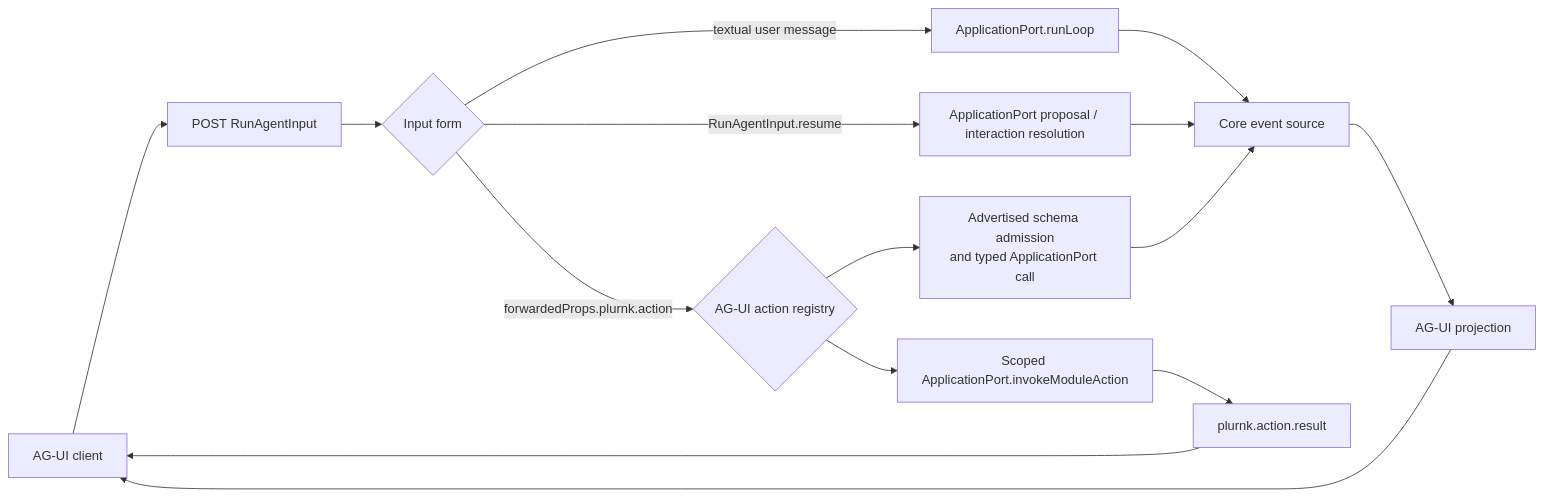
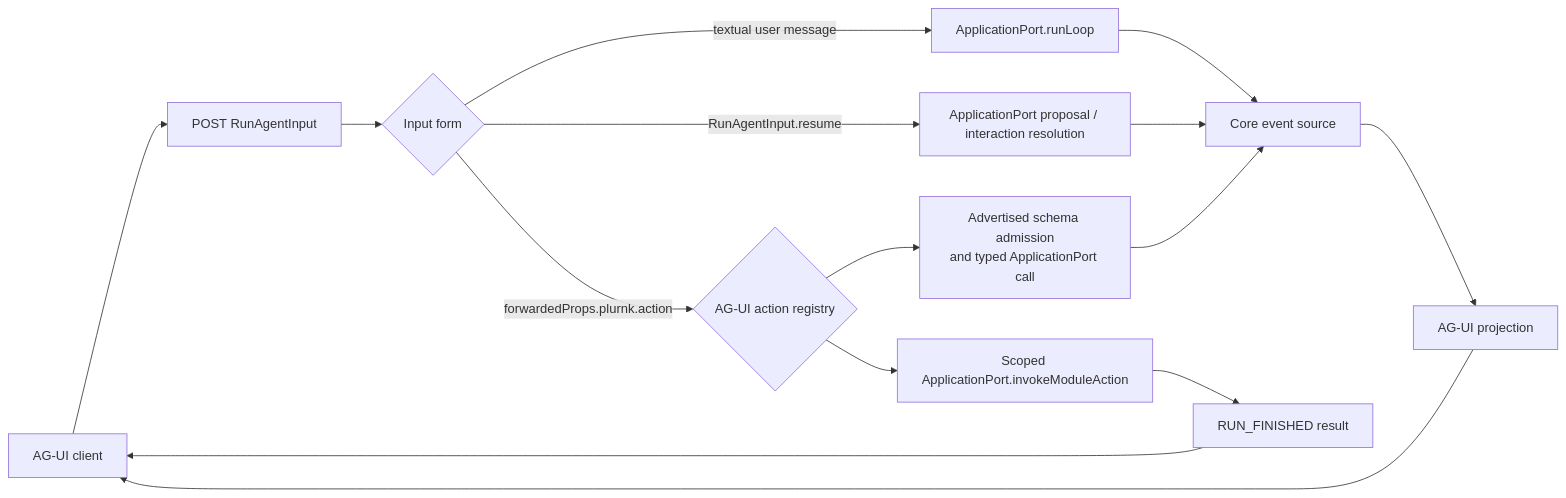
One commit to plurnk/plurnk-service changed the diagram in plurnk-agui/SPEC.md. Above: the diagram before and after it, drawn with Mermaid. The commit also changed other lines of this file and 28 other files, not shown here.

Commit message:
feat(agui)!: the terminal record, Run problem and action outcome leave their custom events (#1141)

````diff
--- a/plurnk-agui/SPEC.md
+++ b/plurnk-agui/SPEC.md
@@ -487,17 +487,17 @@
 ```mermaid
 flowchart LR
     client["AG-UI client"] --> run["POST RunAgentInput"]
     run --> classify{"Input form"}
     classify -->|"textual user message"| loop["ApplicationPort.runLoop"]
     classify -->|"RunAgentInput.resume"| resume["ApplicationPort proposal / interaction resolution"]
     classify -->|"forwardedProps.plurnk.action"| actions{"AG-UI action registry"}
     actions --> builtIn["Advertised schema admission<br/>and typed ApplicationPort call"]
     actions --> extension["Scoped ApplicationPort.invokeModuleAction"]
     loop --> events["Core event source"]
     resume --> events
     builtIn --> events
     events --> projection["AG-UI projection"]
-    extension --> result["plurnk.action.result"]
+    extension --> result["RUN_FINISHED result"]
     projection --> client
     result --> client
 ```
````
